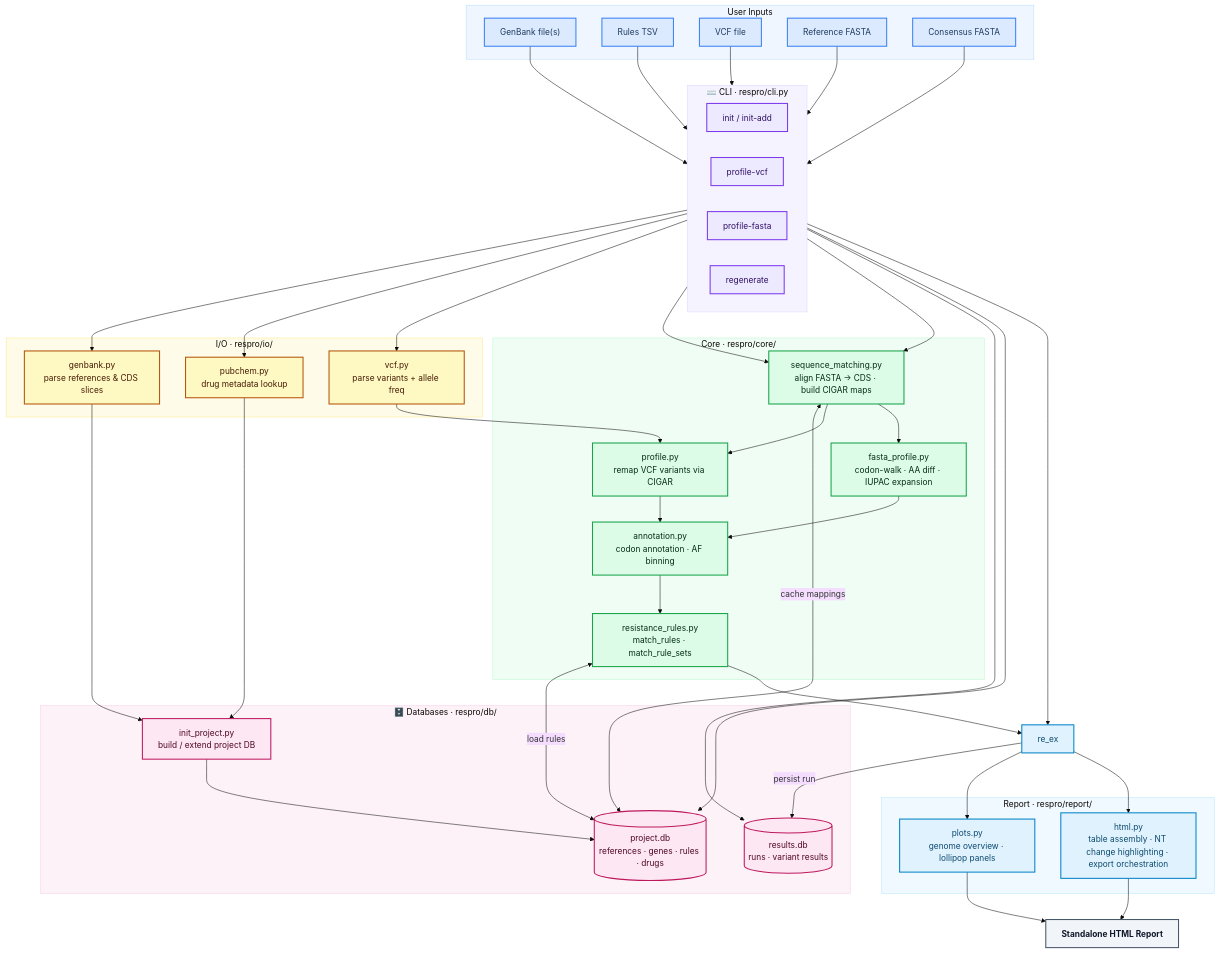
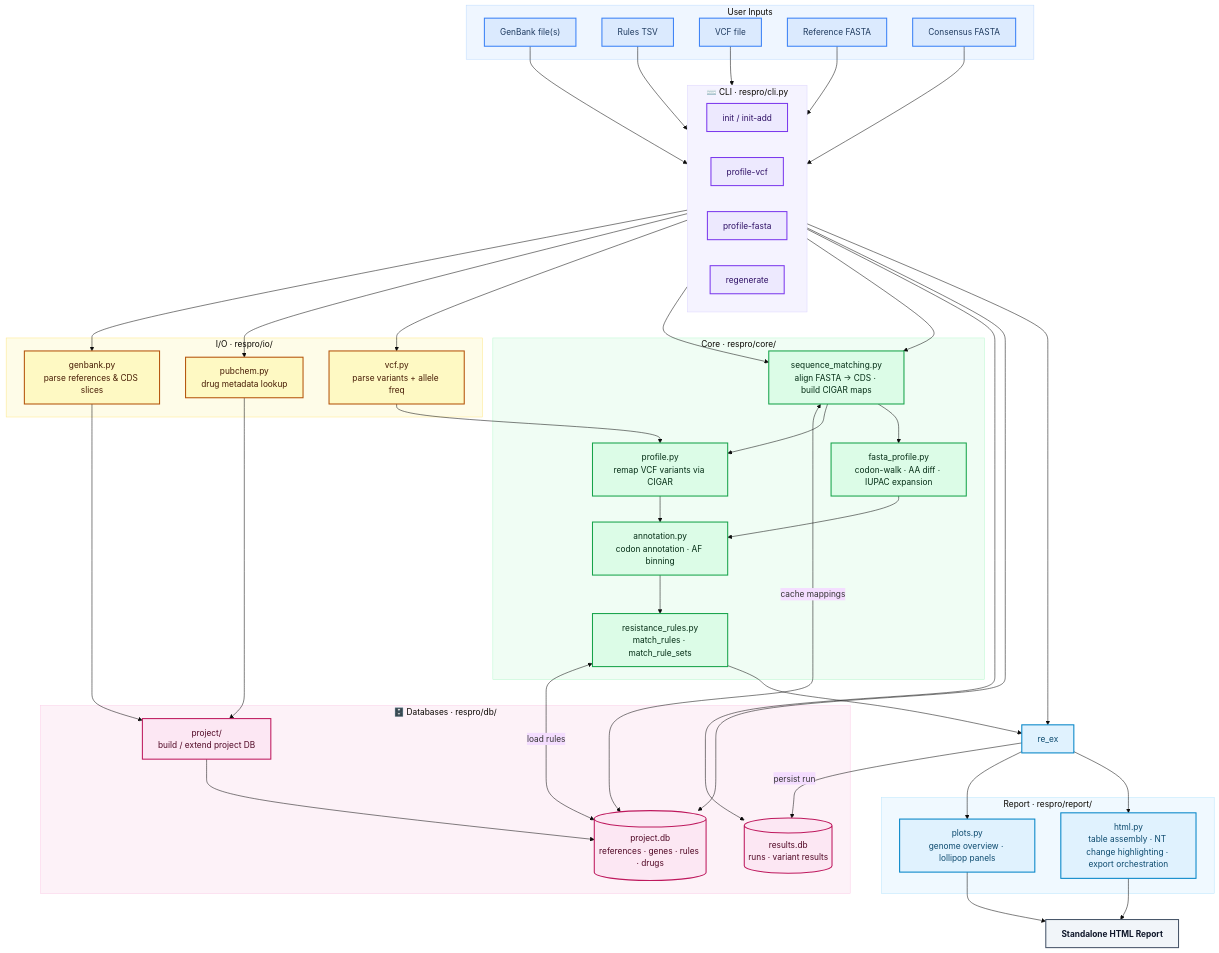
One commit to the-foxlab/ResistanceProfiler changed the diagram in docs/project-structure.md. Above: the diagram before and after it, drawn with Mermaid (base theme). The commit also changed other lines of this file and 12 other files, not shown here.

```diff
--- a/docs/project-structure.md
+++ b/docs/project-structure.md
@@ -93,7 +93,7 @@
 
     %% ── Databases ────────────────────────────────────────────────────
     subgraph DB["🗄️  Databases  ·  respro/db/"]
-        db_ip["init_project.py\nbuild / extend project DB"]
+        db_ip["project/\nbuild / extend project DB"]
         db_pj[("project.db\nreferences · genes · rules · drugs")]
         db_rs[("results.db\nruns · variant results")]
     end
```
